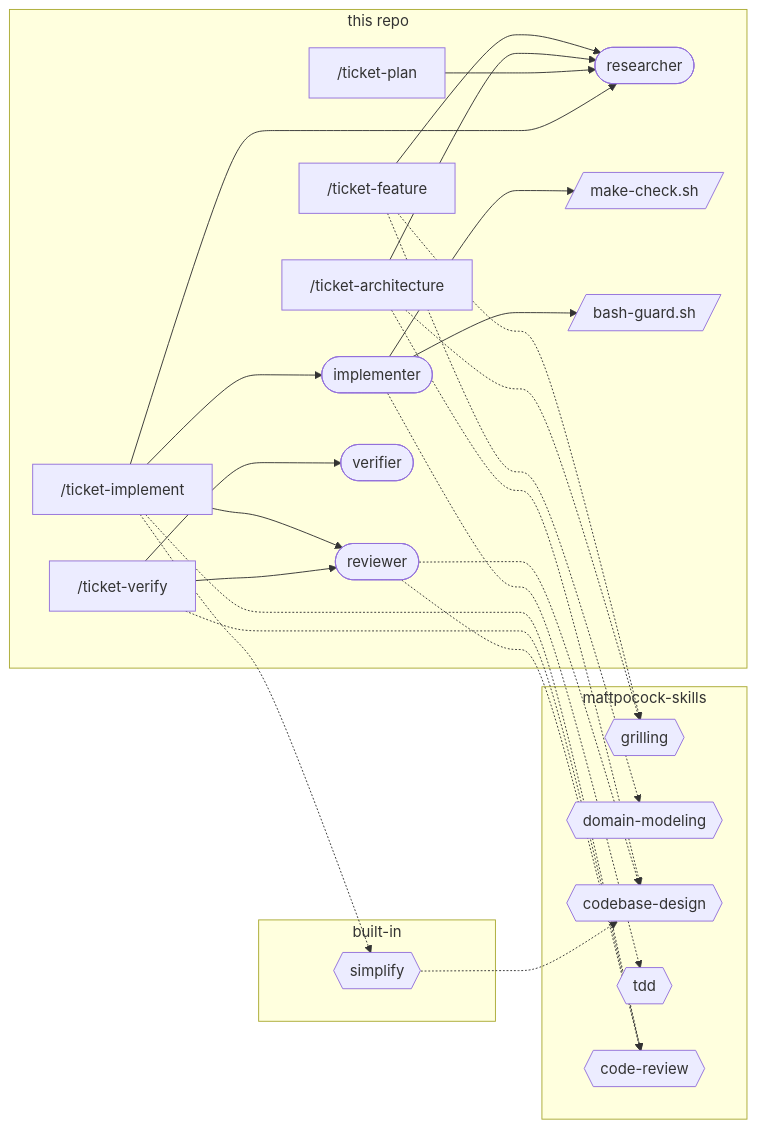
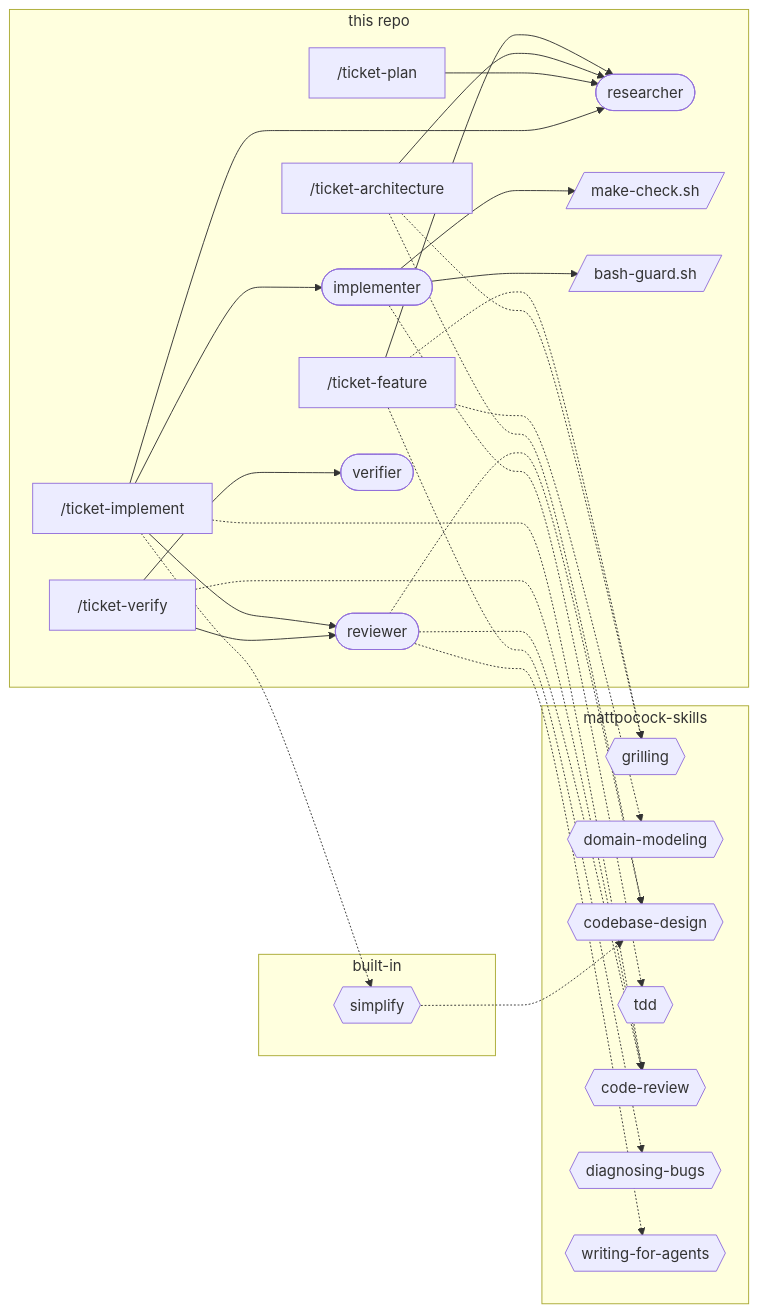
The second of 3 diagrams in docs/knowledge/sdd.md (khotei/app-template), drawn with Mermaid before and after one commit. The commit also changed other lines of this file and 5 other files, not shown here.

````diff
--- a/docs/knowledge/sdd.md
+++ b/docs/knowledge/sdd.md
@@ -75,39 +75,41 @@
 ```mermaid
 graph LR
   subgraph ours [this repo]
     feature["/ticket-feature"]
     arch["/ticket-architecture"]
     plan["/ticket-plan"]
     impl["/ticket-implement"]
     verify["/ticket-verify"]
     researcher([researcher])
     implementer([implementer])
     reviewer([reviewer])
     verifier([verifier])
     hook[/make-check.sh/]
     guard[/bash-guard.sh/]
   end
   subgraph plugin [mattpocock-skills]
     grilling{{grilling}}
     modeling{{domain-modeling}}
     design{{codebase-design}}
     tdd{{tdd}}
     review{{code-review}}
+    diagnosing{{diagnosing-bugs}}
+    writing{{writing-for-agents}}
   end
   subgraph builtin [built-in]
     simplify{{simplify}}
   end
-  feature -.-> grilling & modeling
+  feature -.-> grilling & modeling & diagnosing
   feature --> researcher
   arch -.-> design & grilling
   arch --> researcher
   plan --> researcher
   impl --> implementer & reviewer & researcher
   impl -.-> review & simplify
   simplify -.-> design
   implementer -.-> tdd
   implementer --> hook & guard
   verify --> verifier & reviewer
   verify -.-> review
-  reviewer -.-> review & design
+  reviewer -.-> review & design & writing
 ```
````
